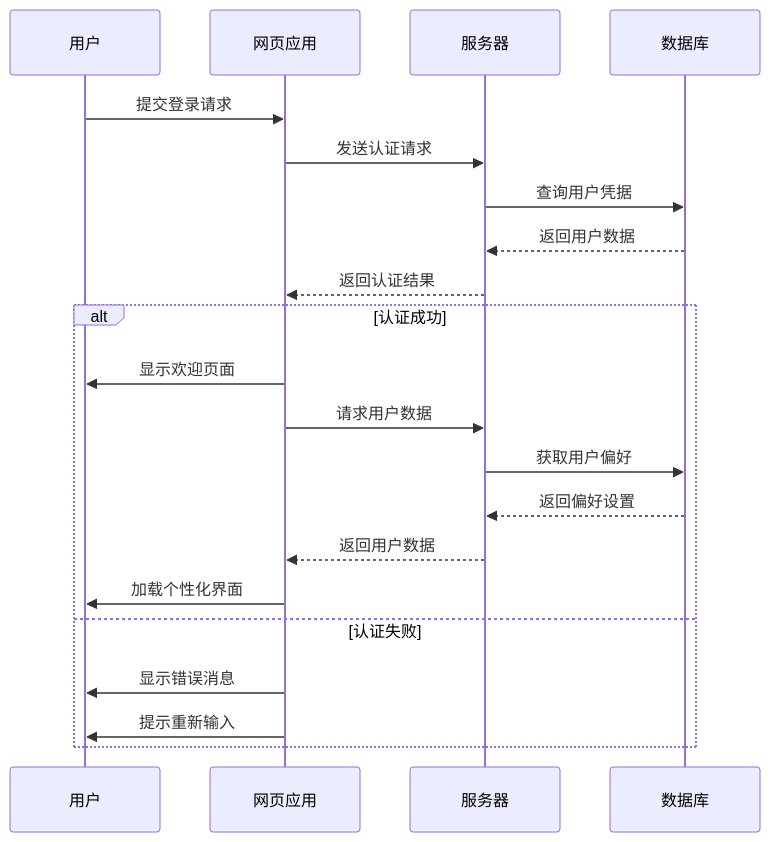
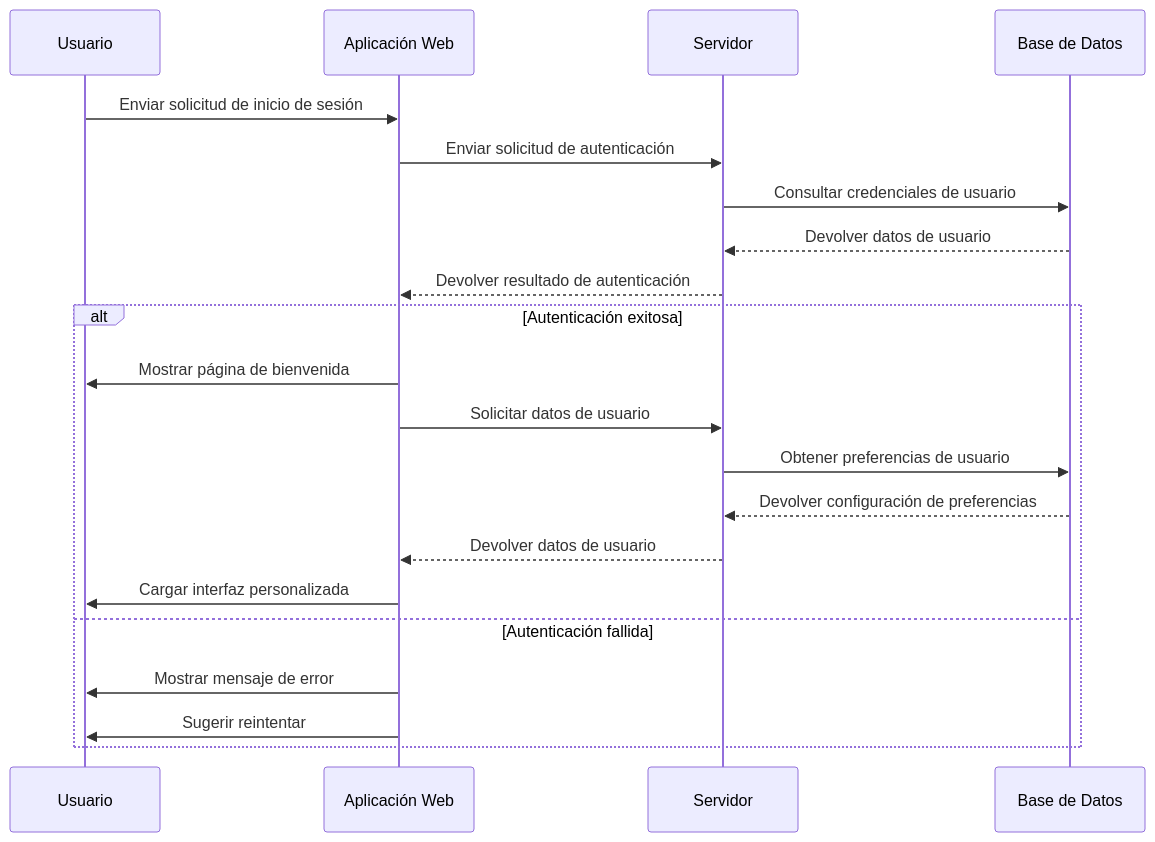
One commit to nefDevelop/astro-blogobs changed the second of 6 diagrams in src/content/posts/markdown-mermaid.md. Above: the diagram before and after it, drawn with Mermaid. The commit also changed other lines of this file and 14 other files, not shown here.

````diff
--- a/src/content/posts/markdown-mermaid.md
+++ b/src/content/posts/markdown-mermaid.md
@@ -45,25 +42,25 @@
 ```mermaid
 sequenceDiagram
-    participant User as 用户
-    participant WebApp as 网页应用
-    participant Server as 服务器
-    participant Database as 数据库
+    participant User as Usuario
+    participant WebApp as Aplicación Web
+    participant Server as Servidor
+    participant Database as Base de Datos
 
-    User->>WebApp: 提交登录请求
-    WebApp->>Server: 发送认证请求
-    Server->>Database: 查询用户凭据
-    Database-->>Server: 返回用户数据
-    Server-->>WebApp: 返回认证结果
+    User->>WebApp: Enviar solicitud de inicio de sesión
+    WebApp->>Server: Enviar solicitud de autenticación
+    Server->>Database: Consultar credenciales de usuario
+    Database-->>Server: Devolver datos de usuario
+    Server-->>WebApp: Devolver resultado de autenticación
     
-    alt 认证成功
-        WebApp->>User: 显示欢迎页面
-        WebApp->>Server: 请求用户数据
-        Server->>Database: 获取用户偏好
-        Database-->>Server: 返回偏好设置
-        Server-->>WebApp: 返回用户数据
-        WebApp->>User: 加载个性化界面
-    else 认证失败
-        WebApp->>User: 显示错误消息
-        WebApp->>User: 提示重新输入
+    alt Autenticación exitosa
+        WebApp->>User: Mostrar página de bienvenida
+        WebApp->>Server: Solicitar datos de usuario
+        Server->>Database: Obtener preferencias de usuario
+        Database-->>Server: Devolver configuración de preferencias
+        Server-->>WebApp: Devolver datos de usuario
+        WebApp->>User: Cargar interfaz personalizada
+    else Autenticación fallida
+        WebApp->>User: Mostrar mensaje de error
+        WebApp->>User: Sugerir reintentar
     end
 ```
````
